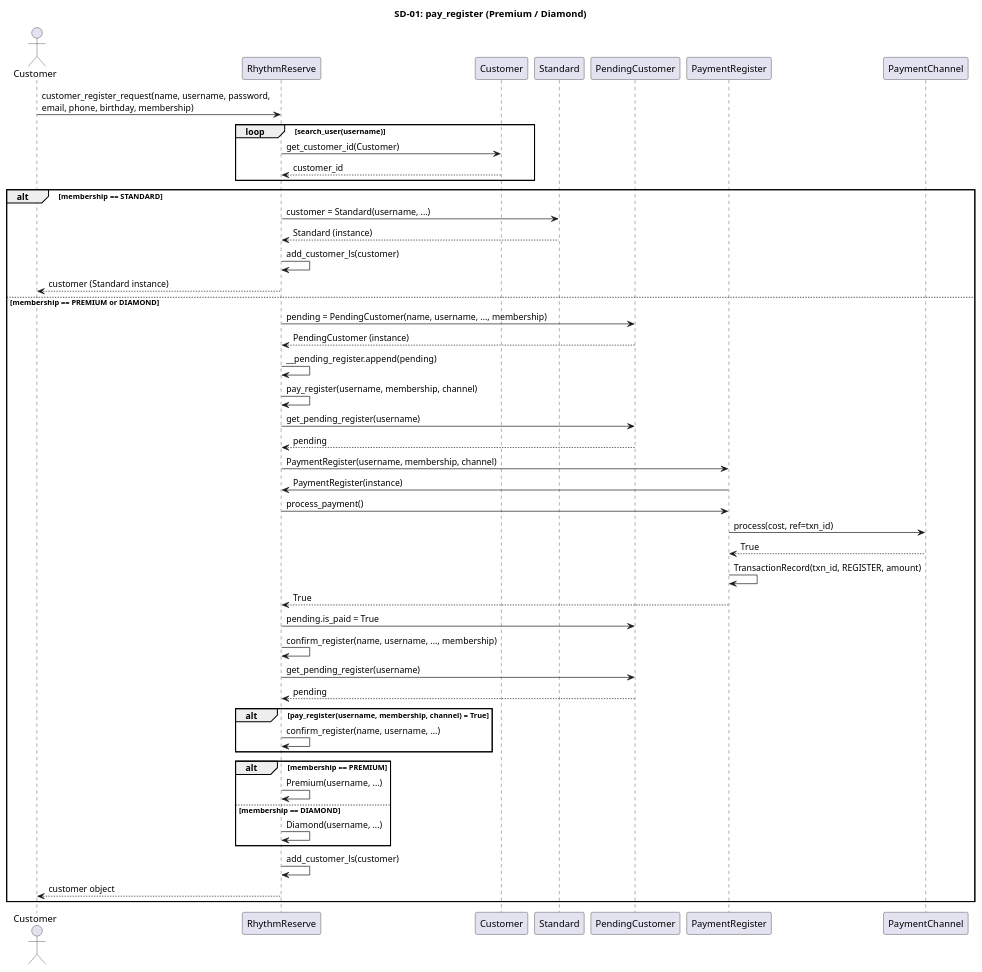
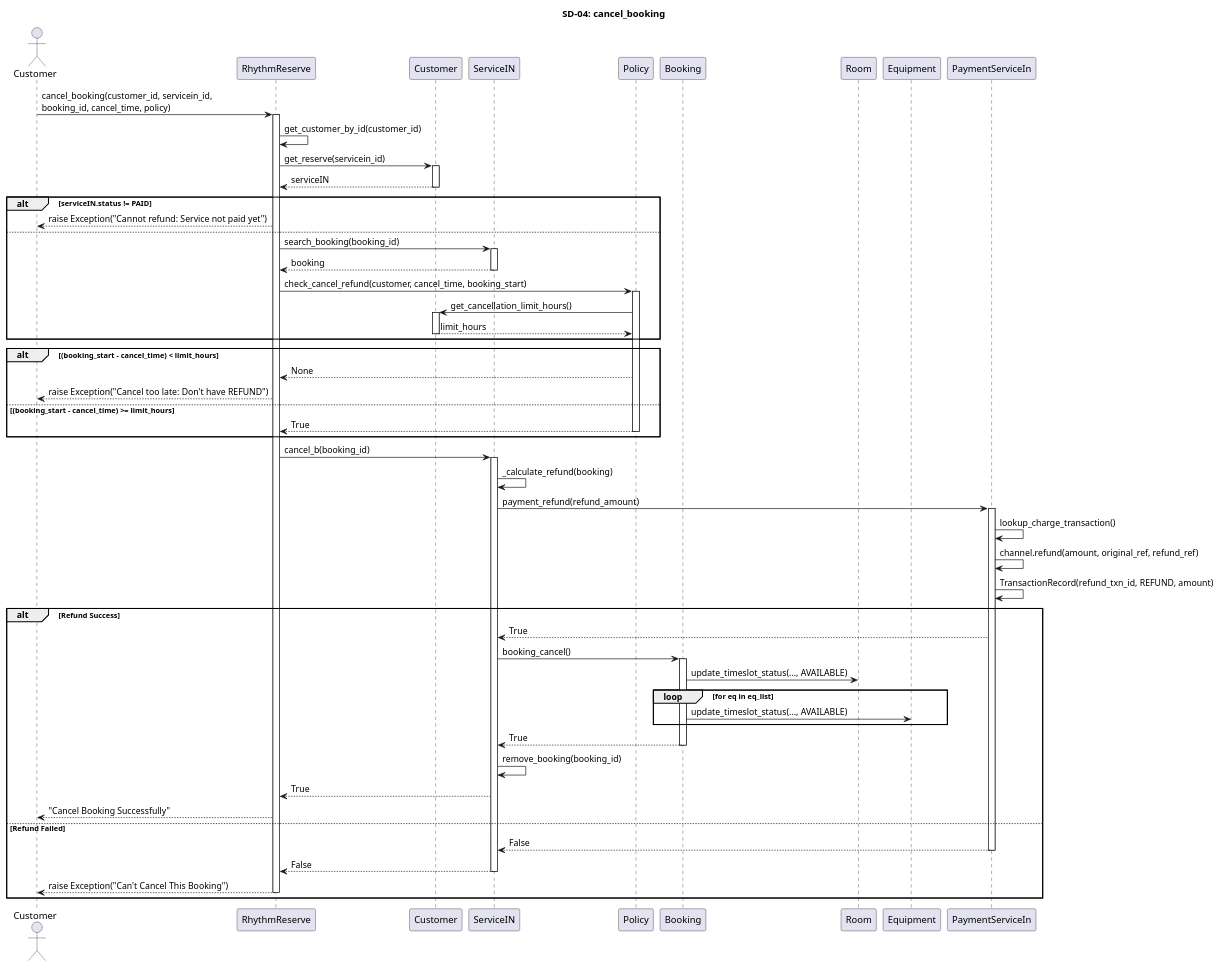
One commit to pjngth998/RhythmReserve changed the diagram in diagram/sequence_diagram/9final_sequence/sd_01_pay_register.puml. Above: the diagram before and after it, drawn with PlantUML. The commit also changed 1 other file, not shown here.

```diff
--- a/diagram/sequence_diagram/9final_sequence/sd_01_pay_register.puml
+++ b/diagram/sequence_diagram/9final_sequence/sd_01_pay_register.puml
@@ -1,63 +1,77 @@
 @startuml
-title SD-01: pay_register (Premium / Diamond)
+title SD-04: cancel_booking
 
 actor Customer as C
 participant "RhythmReserve" as RR
-' participant "User" as user
-participant "Customer" as CT
-participant "Standard" as STD
-participant "PendingCustomer" as PC
-participant "PaymentRegister" as PREG
-participant "PaymentChannel" as CHAN
+participant "Customer" as CUS
+participant "ServiceIN" as SIN
+participant "Policy" as POL
+participant "Booking" as BK
+participant "Room" as R
+participant "Equipment" as Eq
+participant "PaymentServiceIn" as PSIN
 
+C -> RR : cancel_booking(customer_id, servicein_id,\nbooking_id, cancel_time, policy)
+activate RR
 
-C -> RR : customer_register_request(name, username, password,\nemail, phone, birthday, membership)
+RR -> RR : get_customer_by_id(customer_id)
+RR -> CUS : get_reserve(servicein_id)
+activate CUS
+CUS --> RR : serviceIN
+deactivate CUS
 
-loop search_user(username)
-    RR -> CT :  get_customer_id(Customer)
-    CT --> RR : customer_id
+alt serviceIN.status != PAID
+    RR --> C : raise Exception("Cannot refund: Service not paid yet")
+else
+    RR -> SIN : search_booking(booking_id)
+    activate SIN
+    SIN --> RR : booking
+    deactivate SIN
+
+    RR -> POL : check_cancel_refund(customer, cancel_time, booking_start)
+    activate POL
+    POL -> CUS : get_cancellation_limit_hours()
+    activate CUS
+    CUS --> POL : limit_hours
+    deactivate CUS
 end
-alt membership == STANDARD
-    RR -> STD :customer = Standard(username, ...)
-    STD --> RR : Standard (instance)
-    RR -> RR : add_customer_ls(customer)
-    RR --> C : customer (Standard instance)
-else membership == PREMIUM or DIAMOND
-    RR -> PC : pending = PendingCustomer(name, username, ..., membership)
-    PC --> RR : PendingCustomer (instance)
-    RR -> RR : __pending_register.append(pending)
 
-    RR -> RR : pay_register(username, membership, channel)
-    RR -> PC : get_pending_register(username)
-    PC --> RR : pending
+alt (booking_start - cancel_time) < limit_hours
+    POL --> RR : None
+    RR --> C : raise Exception("Cancel too late: Don't have REFUND")
+else (booking_start - cancel_time) >= limit_hours
+    POL --> RR : True
+    deactivate POL
+end
 
-    RR -> PREG : PaymentRegister(username, membership, channel)
-    PREG -> RR : PaymentRegister(instance)
-    RR -> PREG : process_payment()
-    PREG -> CHAN : process(cost, ref=txn_id)
-    CHAN --> PREG : True
-
-    PREG -> PREG : TransactionRecord(txn_id, REGISTER, amount)
-    PREG --> RR : True
-
-    RR -> PC : pending.is_paid = True
-
-    RR -> RR : confirm_register(name, username, ..., membership)
-    RR -> PC : get_pending_register(username)
-    PC --> RR : pending
-
-    alt pay_register(username, membership, channel) = True
-        RR -> RR : confirm_register(name, username, ...)
+RR -> SIN : cancel_b(booking_id)
+activate SIN
+SIN -> SIN : _calculate_refund(booking)
+SIN -> PSIN : payment_refund(refund_amount)
+activate PSIN
+PSIN -> PSIN : lookup_charge_transaction()
+PSIN -> PSIN : channel.refund(amount, original_ref, refund_ref)
+PSIN -> PSIN : TransactionRecord(refund_txn_id, REFUND, amount)
+alt Refund Success
+    PSIN --> SIN : True
+    SIN -> BK : booking_cancel()
+    activate BK
+    BK -> R : update_timeslot_status(..., AVAILABLE)
+    loop for eq in eq_list
+        BK -> Eq : update_timeslot_status(..., AVAILABLE)
     end
-
-    alt membership == PREMIUM
-        RR -> RR : Premium(username, ...)
-    else membership == DIAMOND
-        RR -> RR : Diamond(username, ...)
-    end
-
-    RR -> RR : add_customer_ls(customer)
-    RR --> C : customer object
+    BK --> SIN : True
+    deactivate BK
+    SIN -> SIN : remove_booking(booking_id)
+    SIN --> RR : True
+    RR --> C : "Cancel Booking Successfully"
+else Refund Failed
+    PSIN --> SIN : False
+    deactivate PSIN
+    SIN --> RR : False
+    deactivate SIN
+    RR --> C : raise Exception("Can't Cancel This Booking")
+    deactivate RR
 end
 
 @enduml
```
